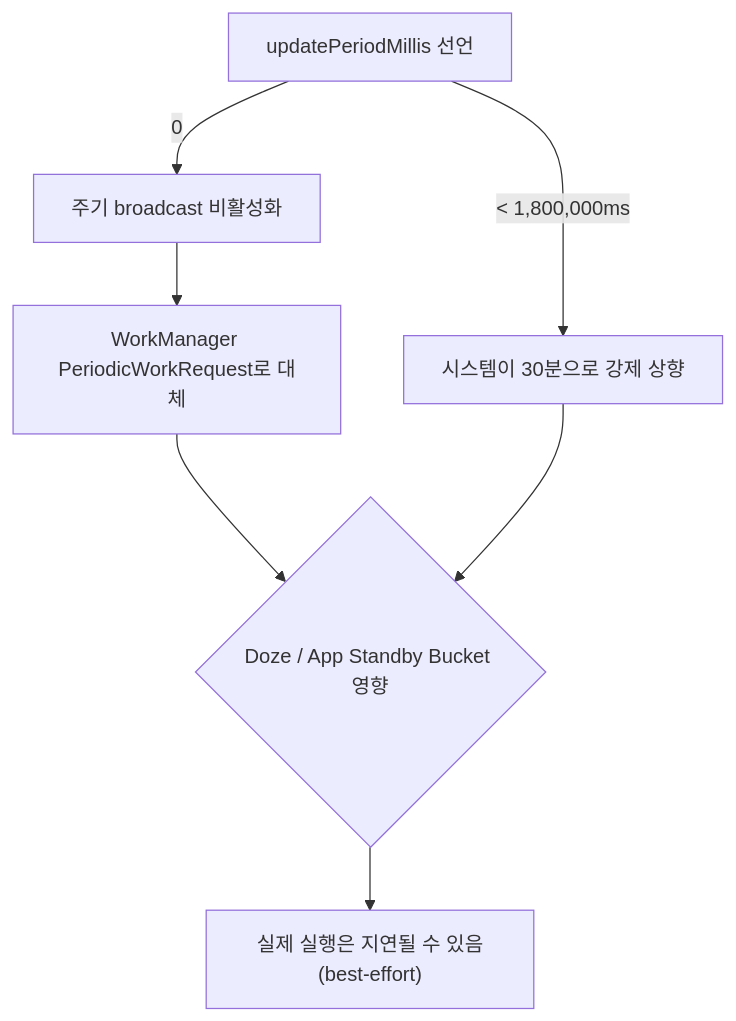
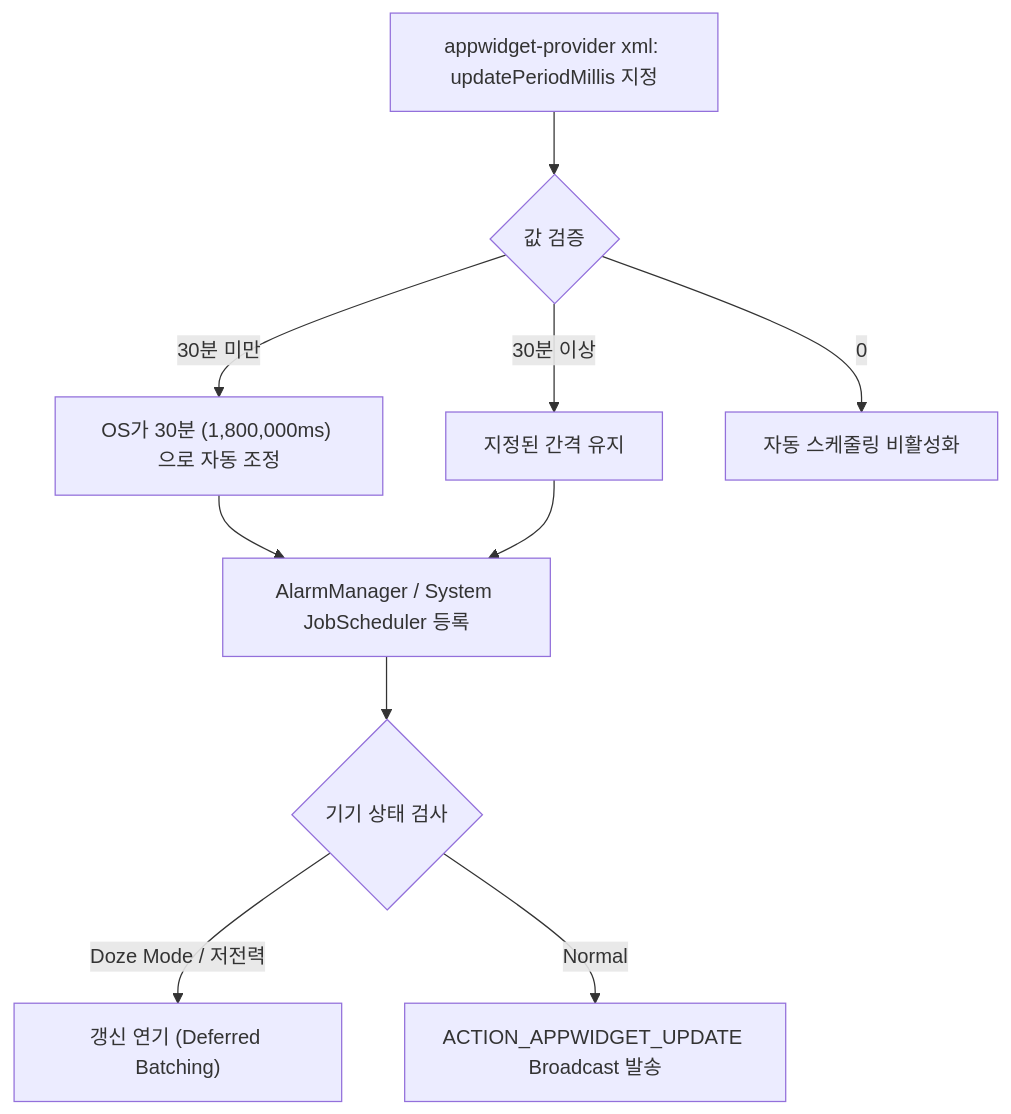
The diagram in 01_inbox/mobile/android/02_app_framework/app-widgets/app-widget-contracts/updateperiodmillis-is-a-best-effort-minimum-interval-not-a-guarantee.md (youngmin-gwon/what-i-studied), drawn with Mermaid before and after one commit. The commit also changed other lines of this file and 107 other files, not shown here.

````diff
--- a/01_inbox/mobile/android/02_app_framework/app-widgets/app-widget-contracts/updateperiodmillis-is-a-best-effort-minimum-interval-not-a-guarantee.md
+++ b/01_inbox/mobile/android/02_app_framework/app-widgets/app-widget-contracts/updateperiodmillis-is-a-best-effort-minimum-interval-not-a-guarantee.md
@@ -20,9 +32,13 @@
 ```mermaid
 flowchart TD
-    A[updatePeriodMillis 선언] -->|"< 1,800,000ms"| B["시스템이 30분으로 강제 상향"]
-    A -->|0| C["주기 broadcast 비활성화"]
-    C --> D["WorkManager PeriodicWorkRequest로 대체"]
-    D --> E{"Doze / App Standby Bucket 영향"}
-    B --> E
-    E --> F["실제 실행은 지연될 수 있음(best-effort)"]
+    A["appwidget-provider xml: updatePeriodMillis 지정"] --> B{"값 검증"}
+    B -- "30분 미만" --> C["OS가 30분 (1,800,000ms) 으로 자동 조정"]
+    B -- "30분 이상" --> D["지정된 간격 유지"]
+    B -- "0" --> E["자동 스케줄링 비활성화"]
+    
+    C --> F["AlarmManager / System JobScheduler 등록"]
+    D --> F
+    F --> G{"기기 상태 검사"}
+    G -- "Doze Mode / 저전력" --> H["갱신 연기 (Deferred Batching)"]
+    G -- "Normal" --> I["ACTION_APPWIDGET_UPDATE Broadcast 발송"]
 ```
````
